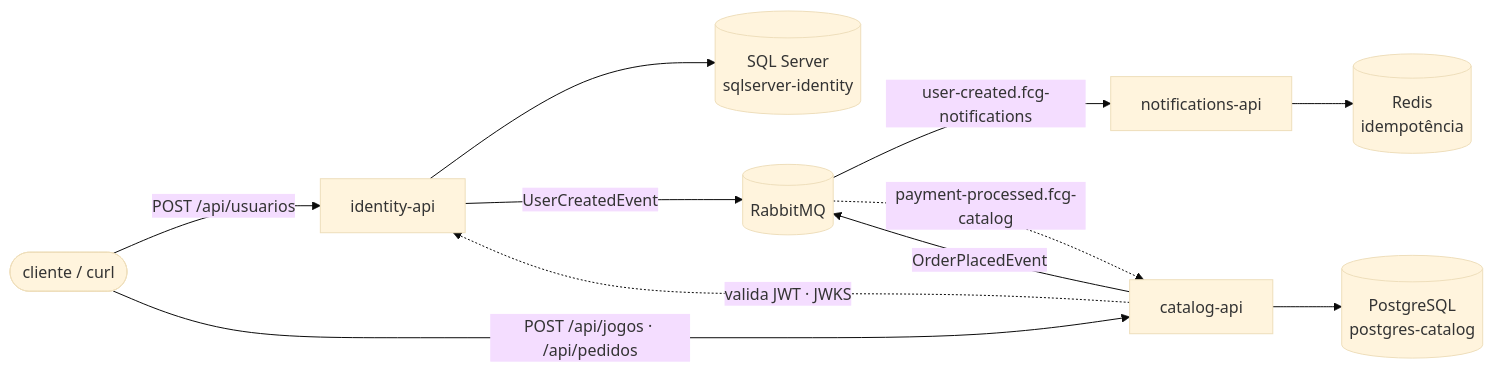
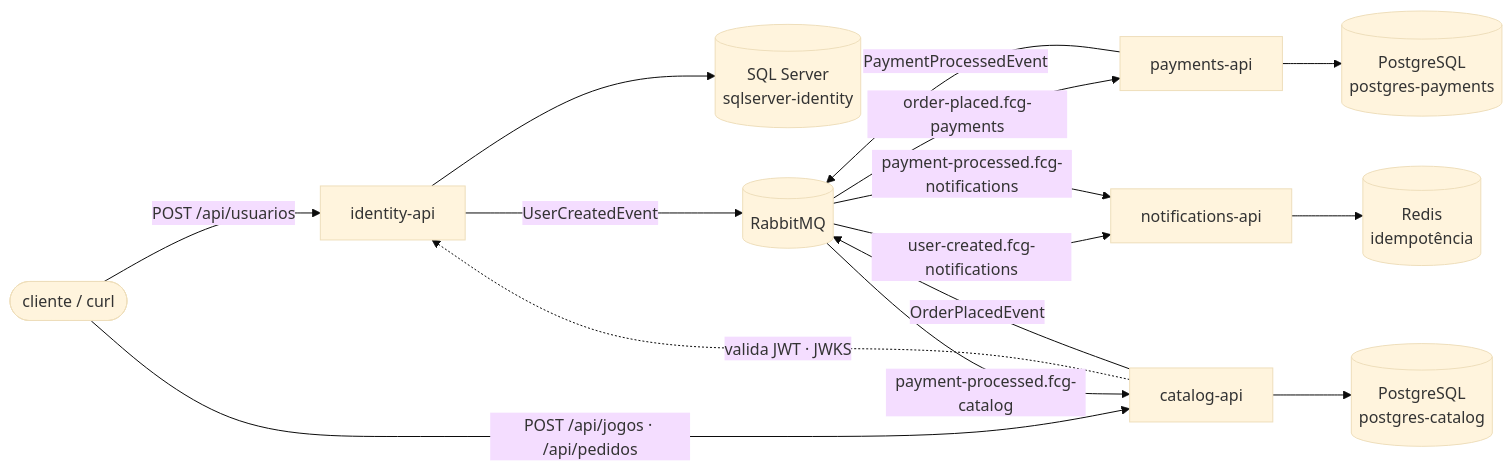
The first of 2 diagrams in README.md (reinaldogez/fcg-ops), drawn with Mermaid (base theme) before and after one commit. The commit also changed other lines of this file, not shown here.

Commit message:
docs: documenta o payments no README — saga de compra completa, plataforma com os quatro serviços

````diff
--- a/README.md
+++ b/README.md
@@ -25,17 +26,21 @@
 ```mermaid
 flowchart LR
   client([cliente / curl]) -->|POST /api/usuarios| api[identity-api]
   client -->|POST /api/jogos · /api/pedidos| cat[catalog-api]
 
   api --> sql[(SQL Server<br/>sqlserver-identity)]
   api -->|UserCreatedEvent| mq[(RabbitMQ)]
 
   cat --> pg[(PostgreSQL<br/>postgres-catalog)]
   cat -.->|valida JWT · JWKS| api
   cat -->|OrderPlacedEvent| mq
 
+  mq -->|order-placed.fcg-payments| pay[payments-api]
+  pay --> pgp[(PostgreSQL<br/>postgres-payments)]
+  pay -->|PaymentProcessedEvent| mq
+
+  mq -->|payment-processed.fcg-catalog| cat
   mq -->|user-created.fcg-notifications| notif[notifications-api]
+  mq -->|payment-processed.fcg-notifications| notif
   notif --> redis[(Redis<br/>idempotência)]
-
-  mq -.->|payment-processed.fcg-catalog| cat
 ```
````
